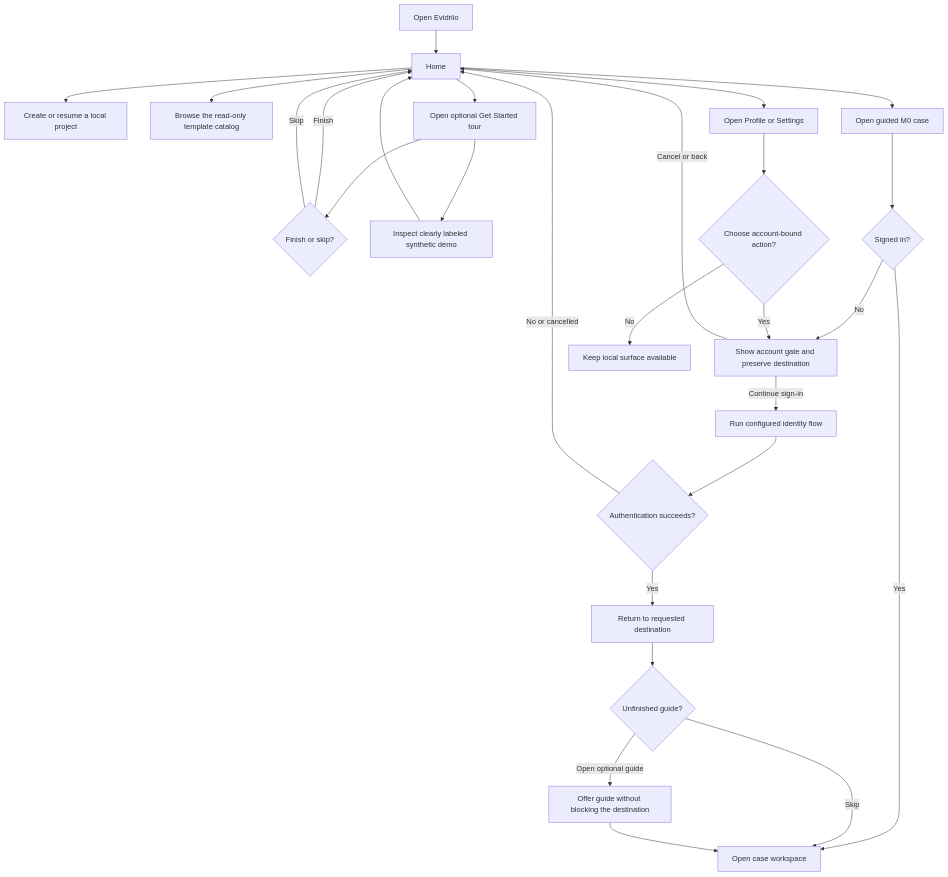
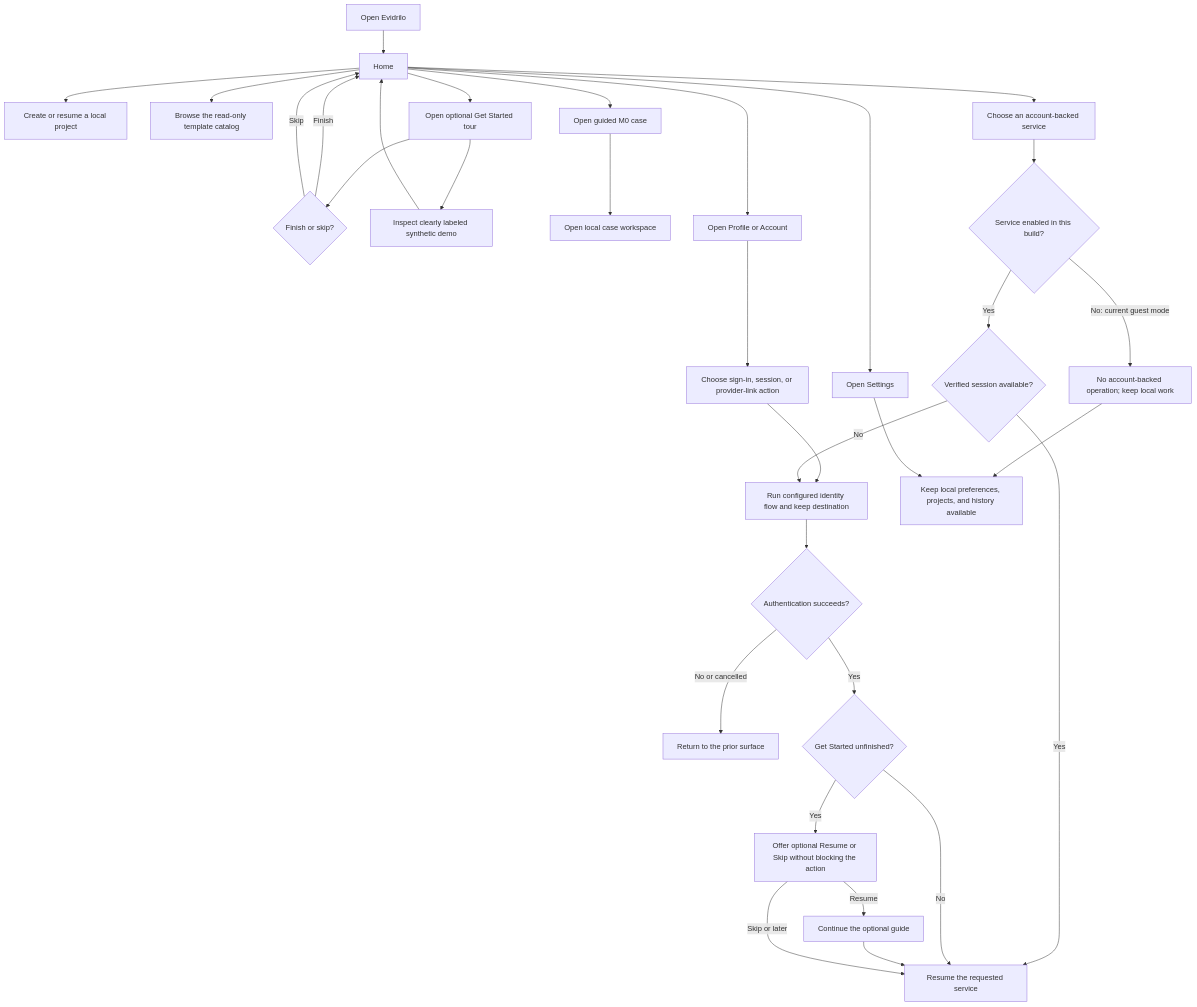
One commit to AndroLay/evidrilo changed the second of 12 diagrams in docs/product/workflows.md. Above: the diagram before and after it, drawn with Mermaid. The commit also changed other lines of this file and 188 other files, not shown here.

```diff
--- a/docs/product/workflows.md
+++ b/docs/product/workflows.md
@@ -121,29 +123,34 @@
 ~~~mermaid
 flowchart TD
     Launch[Open Evidrilo] --> Home[Home]
     Home --> Projects[Create or resume a local project]
     Home --> Catalog[Browse the read-only template catalog]
     Home --> Guide[Open optional Get Started tour]
     Guide --> GuideChoice{Finish or skip?}
     GuideChoice -->|Finish| Home
     GuideChoice -->|Skip| Home
     Guide --> Demo[Inspect clearly labeled synthetic demo]
     Demo --> Home
     Home --> Practice[Open guided M0 case]
-    Practice --> AccountCheck{Signed in?}
-    AccountCheck -->|No| Gate[Show account gate and preserve destination]
-    Gate -->|Cancel or back| Home
-    Gate -->|Continue sign-in| Auth[Run configured identity flow]
-    AccountCheck -->|Yes| Case[Open case workspace]
+    Practice --> Case[Open local case workspace]
+    Home --> Profile[Open Profile or Account]
+    Profile --> Identity[Choose sign-in, session, or provider-link action]
+    Identity --> Auth
+    Home --> Protected[Choose an account-backed service]
+    Protected --> ServiceReady{Service enabled in this build?}
+    ServiceReady -->|No: current guest mode| Paused[No account-backed operation; keep local work]
+    Paused --> LocalSurface
+    ServiceReady -->|Yes| AccountCheck{Verified session available?}
+    AccountCheck -->|No| Auth[Run configured identity flow and keep destination]
+    AccountCheck -->|Yes| Resume[Resume the requested service]
     Auth --> AuthResult{Authentication succeeds?}
-    AuthResult -->|No or cancelled| Home
-    AuthResult -->|Yes| Return[Return to requested destination]
-    Return --> GuideOffer{Unfinished guide?}
-    GuideOffer -->|Open optional guide| PostAuthGuide[Offer guide without blocking the destination]
-    GuideOffer -->|Skip| Case
-    PostAuthGuide --> Case
-    Home --> Profile[Open Profile or Settings]
-    Profile --> AccountAction{Choose account-bound action?}
-    AccountAction -->|No| LocalSurface[Keep local surface available]
-    AccountAction -->|Yes| Gate
+    AuthResult -->|No or cancelled| Prior[Return to the prior surface]
+    AuthResult -->|Yes| GuideStatus{Get Started unfinished?}
+    GuideStatus -->|No| Resume
+    GuideStatus -->|Yes| GuideOffer[Offer optional Resume or Skip without blocking the action]
+    GuideOffer -->|Resume| PostAuthGuide[Continue the optional guide]
+    PostAuthGuide --> Resume
+    GuideOffer -->|Skip or later| Resume
+    Home --> Settings[Open Settings]
+    Settings --> LocalSurface[Keep local preferences, projects, and history available]
 ~~~
```
